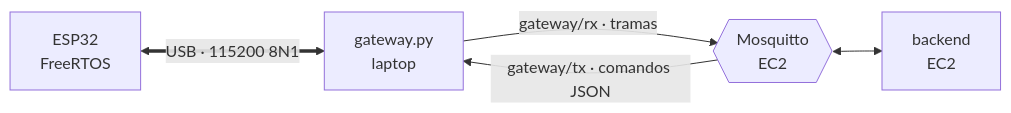
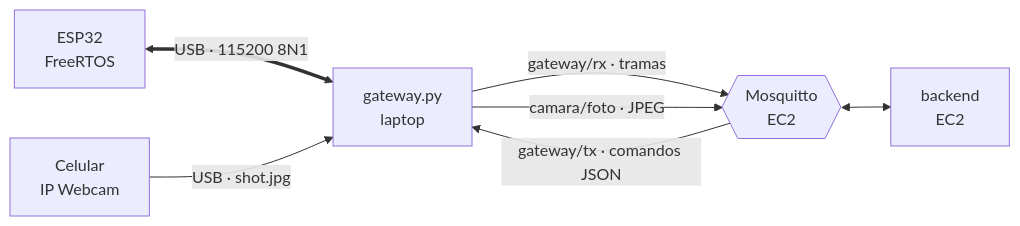
One commit to ricardious/AYC2_G3 changed the diagram in Proyecto_2_SmartEgg/gateway/README.md. Above: the diagram before and after it, drawn with Mermaid. The commit also changed other lines of this file and 3 other files, not shown here.

````diff
--- a/Proyecto_2_SmartEgg/gateway/README.md
+++ b/Proyecto_2_SmartEgg/gateway/README.md
@@ -9,7 +9,9 @@
 ```mermaid
 flowchart LR
     ESP["ESP32<br/>FreeRTOS"] <==>|"USB · 115200 8N1"| GW["gateway.py<br/>laptop"]
     GW -->|"gateway/rx · tramas"| MQ{{"Mosquitto<br/>EC2"}}
     MQ -->|"gateway/tx · comandos JSON"| GW
     MQ <--> BE["backend<br/>EC2"]
+    CAM["Celular<br/>IP Webcam"] -->|"USB · shot.jpg"| GW
+    GW -->|"camara/foto · JPEG"| MQ
 ```
````
